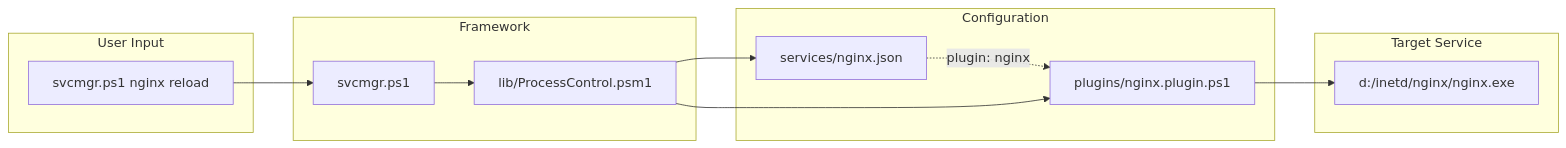
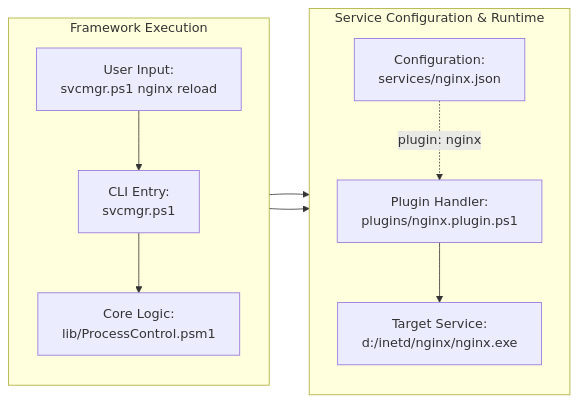
The second of 4 diagrams in os_sys/winsvc/README.md (edsilegxrepo/devops), drawn with Mermaid before and after one commit. The commit also changed other lines of this file and 1 other file, not shown here.

````diff
--- a/os_sys/winsvc/README.md
+++ b/os_sys/winsvc/README.md
@@ -128,27 +128,18 @@
 ```mermaid
 flowchart LR
-    subgraph User ["User Input"]
-        CMD["svcmgr.ps1 nginx reload"]
+    %% Column 1: Invocation and Framework (Vertical Flow)
+    subgraph entry ["Framework Execution"]
+        direction TB
+        CMD["User Input:<br/>svcmgr.ps1 nginx reload"] --> CLI["CLI Entry:<br/>svcmgr.ps1"] --> MOD["Core Logic:<br/>lib/ProcessControl.psm1"]
     end
 
-    subgraph Framework ["Framework"]
-        CLI["svcmgr.ps1"]
-        MOD["lib/ProcessControl.psm1"]
+    %% Column 2: Configuration and Target Service (Vertical Flow)
+    subgraph runtime ["Service Configuration & Runtime"]
+        direction TB
+        JSON["Configuration:<br/>services/nginx.json"] -.->|"plugin: nginx"| PLUGIN["Plugin Handler:<br/>plugins/nginx.plugin.ps1"] --> EXE["Target Service:<br/>d:/inetd/nginx/nginx.exe"]
     end
 
-    subgraph Config ["Configuration"]
-        JSON["services/nginx.json"]
-        PLUGIN["plugins/nginx.plugin.ps1"]
-    end
-
-    subgraph Target ["Target Service"]
-        EXE["d:/inetd/nginx/nginx.exe"]
-    end
-
-    CMD --> CLI
-    CLI --> MOD
+    %% Horizontal Links between columns
     MOD --> JSON
-    JSON -.->|"plugin: nginx"| PLUGIN
     MOD --> PLUGIN
-    PLUGIN --> EXE
 ```
````
